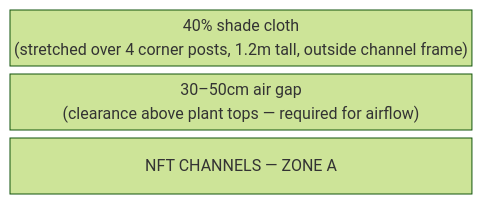
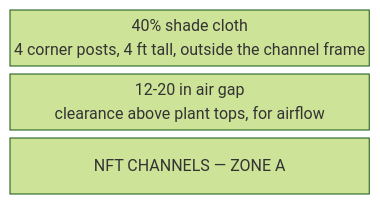
The third of 3 diagrams in guide/nft/04-lighting.md (UncleJS/guide_hydroponics), drawn with Mermaid (forest theme) before and after one commit. The commit also changed other lines of this file and 35 other files, not shown here.

````diff
--- a/guide/nft/04-lighting.md
+++ b/guide/nft/04-lighting.md
@@ -269,7 +282,7 @@
 ```mermaid
 block-beta
   columns 1
-  cloth["40% shade cloth<br/>(stretched over 4 corner posts, 1.2m tall, outside channel frame)"]
-  gap["30–50cm air gap<br/>(clearance above plant tops — required for airflow)"]
+  cloth["40% shade cloth<br/>4 corner posts, 4 ft tall, outside the channel frame"]
+  gap["12-20 in air gap<br/>clearance above plant tops, for airflow"]
   channels["NFT CHANNELS — ZONE A"]
 ```
````
